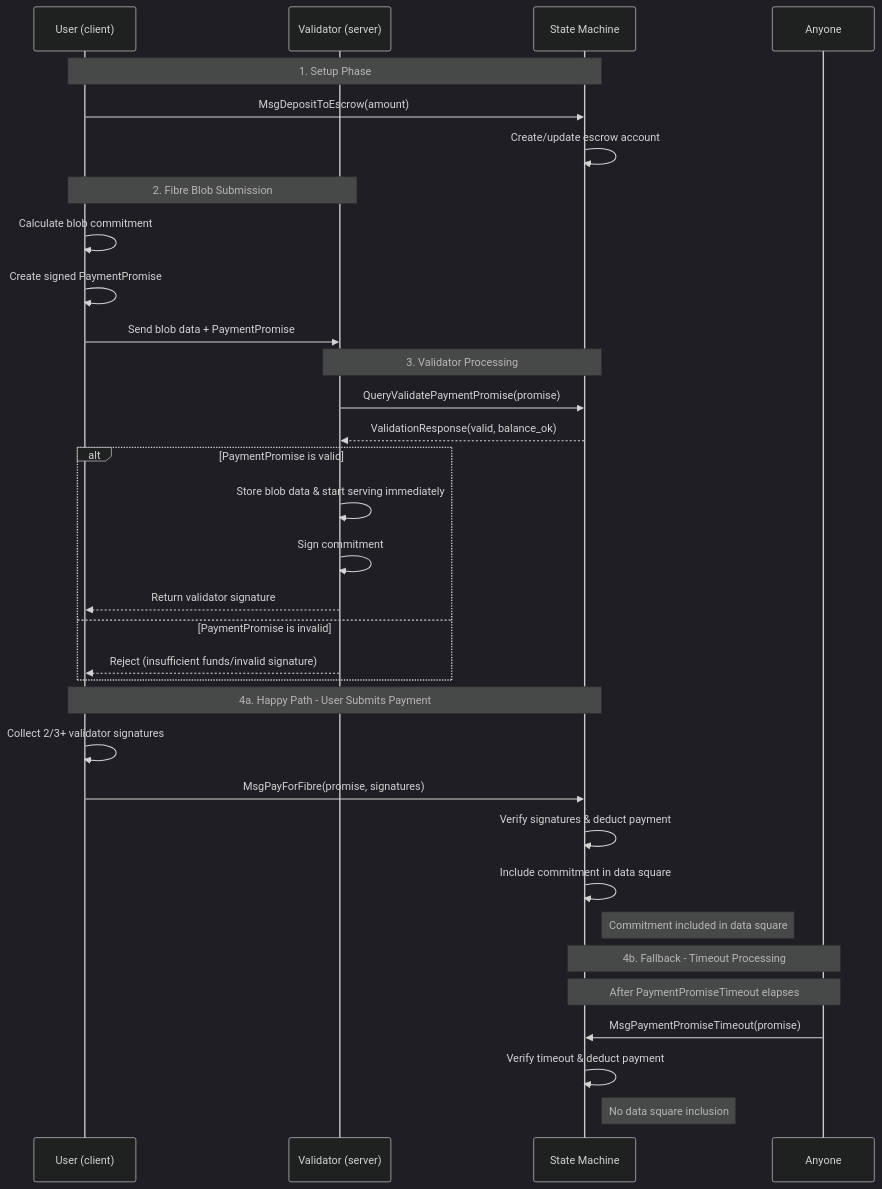
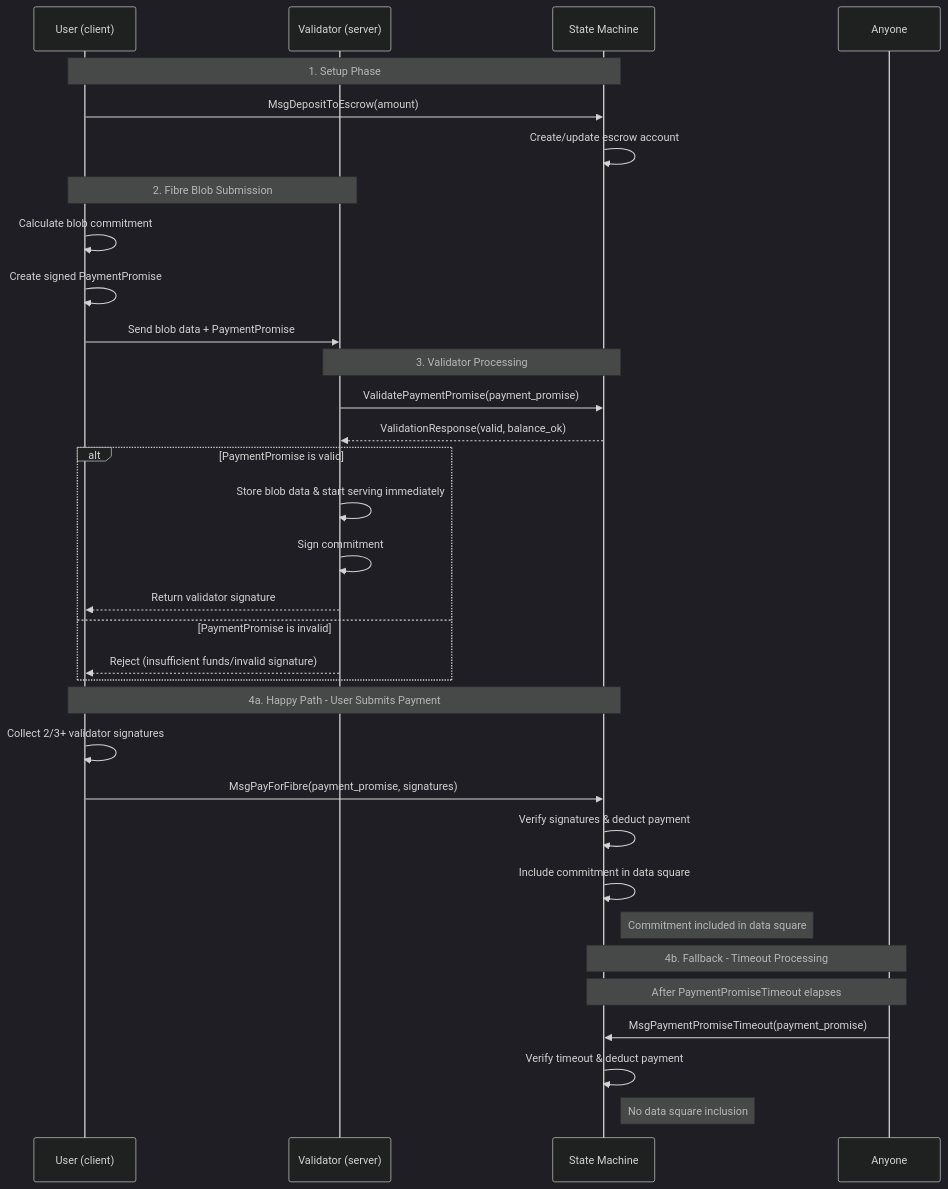
One commit to celestiaorg/celestia-app changed the first of 2 diagrams in sdk_module.md. Above: the diagram before and after it, drawn with Mermaid (dark theme). The commit also changed other lines of this file, not shown here.

````diff
--- a/sdk_module.md
+++ b/sdk_module.md
@@ -53,41 +53,41 @@
 ```mermaid
 sequenceDiagram
     participant U as User (client)
     participant V as Validator (server)
     participant SM as State Machine
     participant X as Anyone
 
     Note over U,SM: 1. Setup Phase
     U->>SM: MsgDepositToEscrow(amount)
     SM->>SM: Create/update escrow account
 
     Note over U,V: 2. Fibre Blob Submission
     U->>U: Calculate blob commitment
     U->>U: Create signed PaymentPromise
     U->>V: Send blob data + PaymentPromise
 
     Note over V,SM: 3. Validator Processing
-    V->>SM: QueryValidatePaymentPromise(promise)
+    V->>SM: ValidatePaymentPromise(payment_promise)
     SM-->>V: ValidationResponse(valid, balance_ok)
 
     alt PaymentPromise is valid
         V->>V: Store blob data & start serving immediately
         V->>V: Sign commitment
         V-->>U: Return validator signature
     else PaymentPromise is invalid
         V-->>U: Reject (insufficient funds/invalid signature)
     end
 
     Note over U,SM: 4a. Happy Path - User Submits Payment
     U->>U: Collect 2/3+ validator signatures
-    U->>SM: MsgPayForFibre(promise, signatures)
+    U->>SM: MsgPayForFibre(payment_promise, signatures)
     SM->>SM: Verify signatures & deduct payment
     SM->>SM: Include commitment in data square
     Note right of SM: Commitment included in data square
 
     Note over X,SM: 4b. Fallback - Timeout Processing
     Note over X,SM: After PaymentPromiseTimeout elapses
-    X->>SM: MsgPaymentPromiseTimeout(promise)
+    X->>SM: MsgPaymentPromiseTimeout(payment_promise)
     SM->>SM: Verify timeout & deduct payment
     Note right of SM: No data square inclusion
 ```
````
